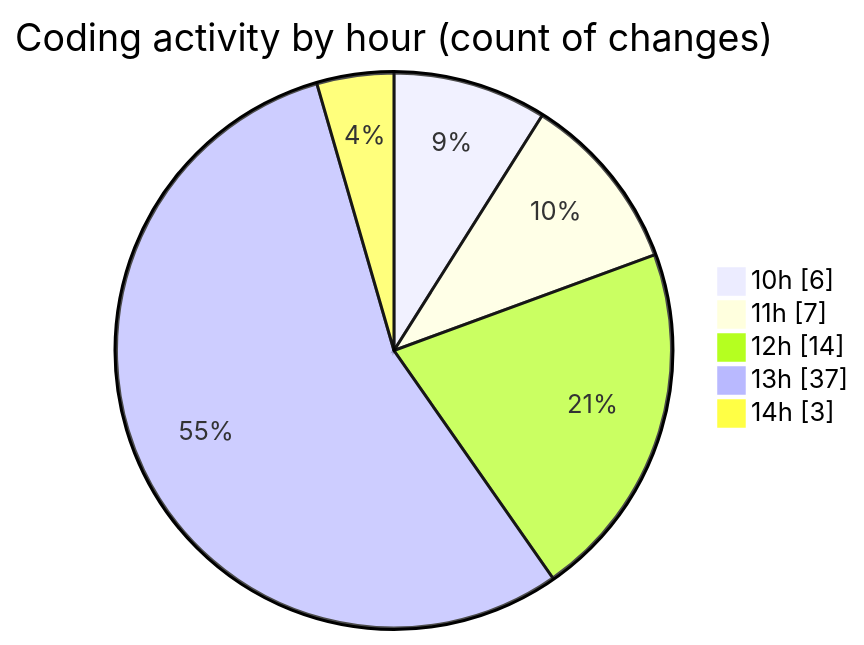
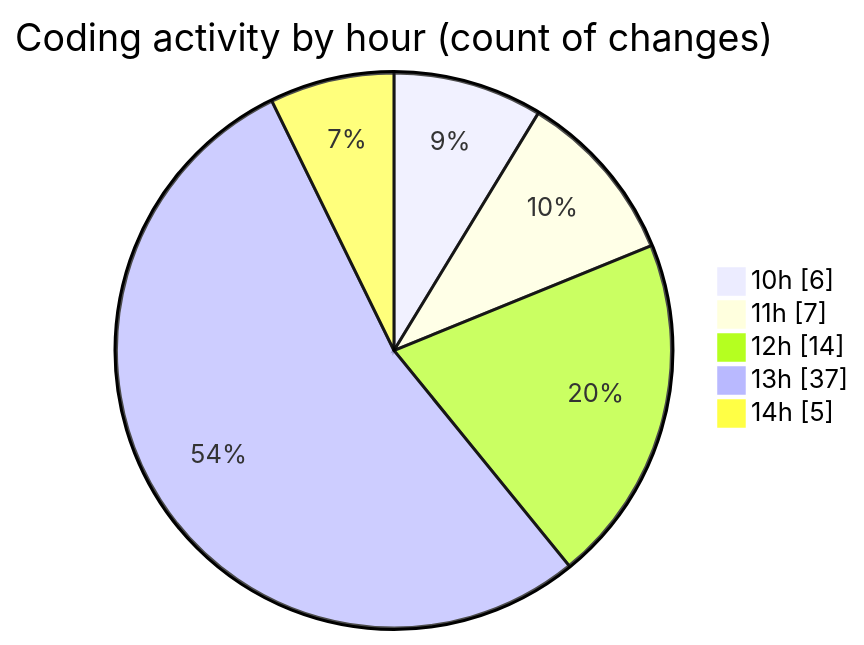
The second of 2 diagrams in 2025-06-23/cda/README.md (momahboobian/code-tracking), drawn with Mermaid before and after one commit. The commit also changed other lines of this file and 1 other file, not shown here.

````diff
--- a/2025-06-23/cda/README.md
+++ b/2025-06-23/cda/README.md
@@ -36,9 +39,9 @@
 ```mermaid
 pie showData
 title Coding activity by hour (count of changes)
 "10h" : 6
 "11h" : 7
 "12h" : 14
 "13h" : 37
-"14h" : 3
+"14h" : 5
 ```
````
